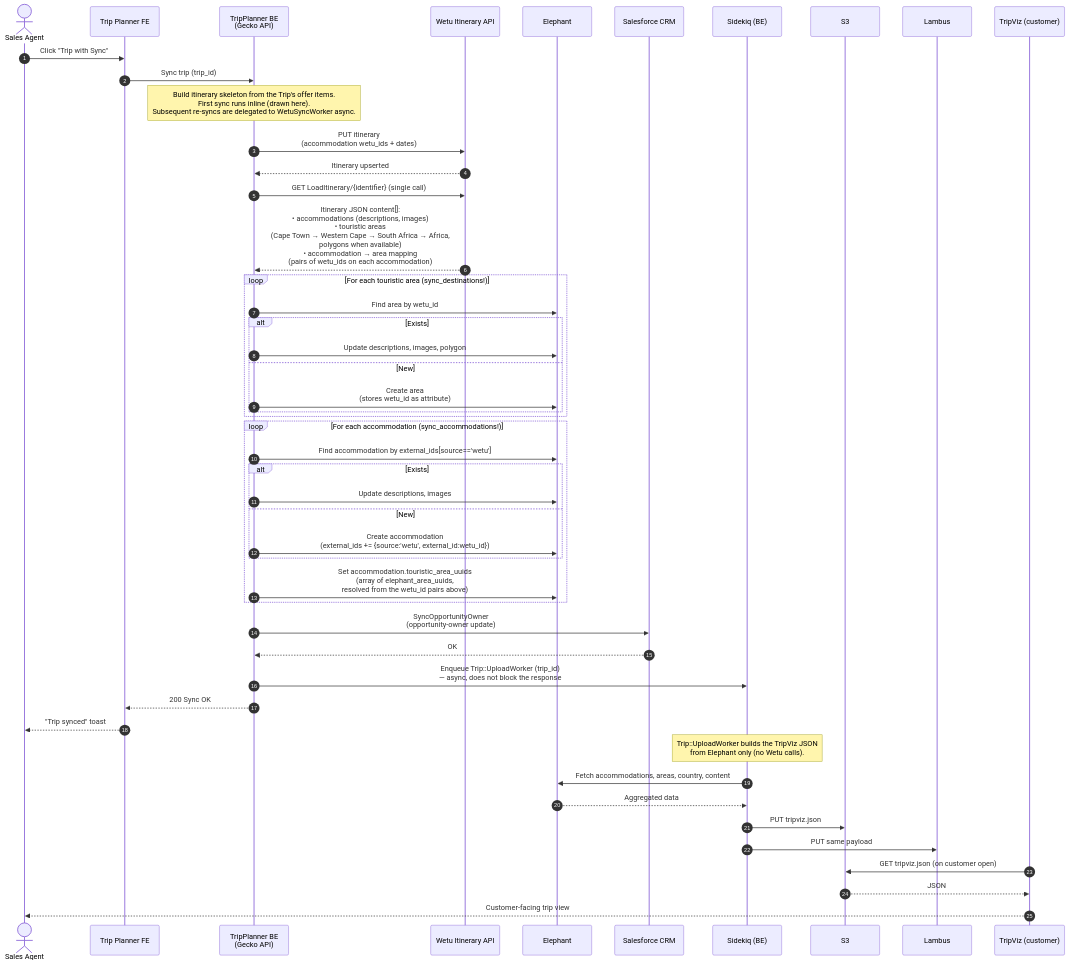
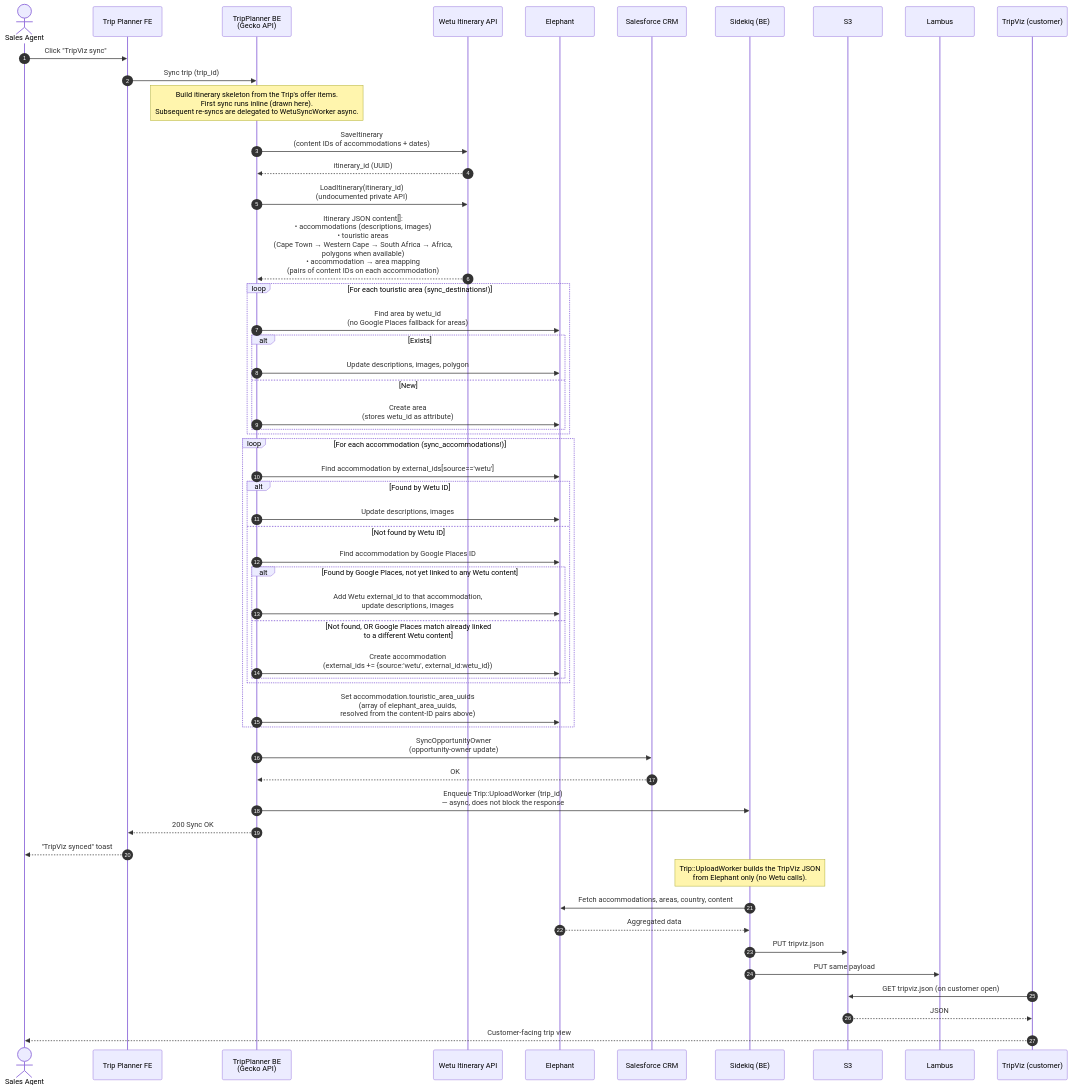
One commit to kliuchnikau-tourlane/ClaudeCowork changed the third of 5 diagrams in OUTPUTS/2026-04-24_TripPlannerWetu-sequence-diagrams/TripPlannerWetu_Documentation.md. Above: the diagram before and after it, drawn with Mermaid. The commit also changed other lines of this file, not shown here.

````diff
--- a/OUTPUTS/2026-04-24_TripPlannerWetu-sequence-diagrams/TripPlannerWetu_Documentation.md
+++ b/OUTPUTS/2026-04-24_TripPlannerWetu-sequence-diagrams/TripPlannerWetu_Documentation.md
@@ -96,59 +90,64 @@
 ```mermaid
 sequenceDiagram
     autonumber
     actor Agent as Sales Agent
     participant TP as Trip Planner FE
     participant BE as TripPlanner BE<br/>(Gecko API)
     participant Wetu as Wetu Itinerary API
     participant Eleph as Elephant
     participant SF as Salesforce CRM
     participant SK as Sidekiq (BE)
     participant S3 as S3
     participant Lambus as Lambus
     participant TripViz as TripViz (customer)
 
-    Agent->>TP: Click "Trip with Sync"
+    Agent->>TP: Click "TripViz sync"
     TP->>BE: Sync trip (trip_id)
     Note over BE: Build itinerary skeleton from the Trip's offer items.<br/>First sync runs inline (drawn here).<br/>Subsequent re-syncs are delegated to WetuSyncWorker async.
 
-    BE->>Wetu: PUT itinerary<br/>(accommodation wetu_ids + dates)
-    Wetu-->>BE: Itinerary upserted
-    BE->>Wetu: GET LoadItinerary/{identifier} (single call)
-    Wetu-->>BE: Itinerary JSON content[]:<br/>• accommodations (descriptions, images)<br/>• touristic areas<br/>  (Cape Town → Western Cape → South Africa → Africa,<br/>  polygons when available)<br/>• accommodation → area mapping<br/>  (pairs of wetu_ids on each accommodation)
+    BE->>Wetu: SaveItinerary<br/>(content IDs of accommodations + dates)
+    Wetu-->>BE: itinerary_id (UUID)
+    BE->>Wetu: LoadItinerary(itinerary_id)<br/>(undocumented private API)
+    Wetu-->>BE: Itinerary JSON content[]:<br/>• accommodations (descriptions, images)<br/>• touristic areas<br/>  (Cape Town → Western Cape → South Africa → Africa,<br/>  polygons when available)<br/>• accommodation → area mapping<br/>  (pairs of content IDs on each accommodation)
 
     loop For each touristic area (sync_destinations!)
-        BE->>Eleph: Find area by wetu_id
+        BE->>Eleph: Find area by wetu_id<br/>(no Google Places fallback for areas)
         alt Exists
             BE->>Eleph: Update descriptions, images, polygon
         else New
             BE->>Eleph: Create area<br/>(stores wetu_id as attribute)
         end
     end
 
     loop For each accommodation (sync_accommodations!)
         BE->>Eleph: Find accommodation by external_ids[source=='wetu']
-        alt Exists
+        alt Found by Wetu ID
             BE->>Eleph: Update descriptions, images
-        else New
-            BE->>Eleph: Create accommodation<br/>(external_ids += {source:'wetu', external_id:wetu_id})
+        else Not found by Wetu ID
+            BE->>Eleph: Find accommodation by Google Places ID
+            alt Found by Google Places, not yet linked to any Wetu content
+                BE->>Eleph: Add Wetu external_id to that accommodation,<br/>update descriptions, images
+            else Not found, OR Google Places match already linked<br/>to a different Wetu content
+                BE->>Eleph: Create accommodation<br/>(external_ids += {source:'wetu', external_id:wetu_id})
+            end
         end
-        BE->>Eleph: Set accommodation.touristic_area_uuids<br/>(array of elephant_area_uuids,<br/>resolved from the wetu_id pairs above)
+        BE->>Eleph: Set accommodation.touristic_area_uuids<br/>(array of elephant_area_uuids,<br/>resolved from the content-ID pairs above)
     end
 
     BE->>SF: SyncOpportunityOwner<br/>(opportunity-owner update)
     SF-->>BE: OK
 
     BE->>SK: Enqueue Trip::UploadWorker (trip_id)<br/>— async, does not block the response
     BE-->>TP: 200 Sync OK
-    TP-->>Agent: "Trip synced" toast
+    TP-->>Agent: "TripViz synced" toast
 
     Note over SK: Trip::UploadWorker builds the TripViz JSON<br/>from Elephant only (no Wetu calls).
     SK->>Eleph: Fetch accommodations, areas, country, content
     Eleph-->>SK: Aggregated data
     SK->>S3: PUT tripviz.json
     SK->>Lambus: PUT same payload
 
     TripViz->>S3: GET tripviz.json (on customer open)
     S3-->>TripViz: JSON
     TripViz-->>Agent: Customer-facing trip view
 ```
````
